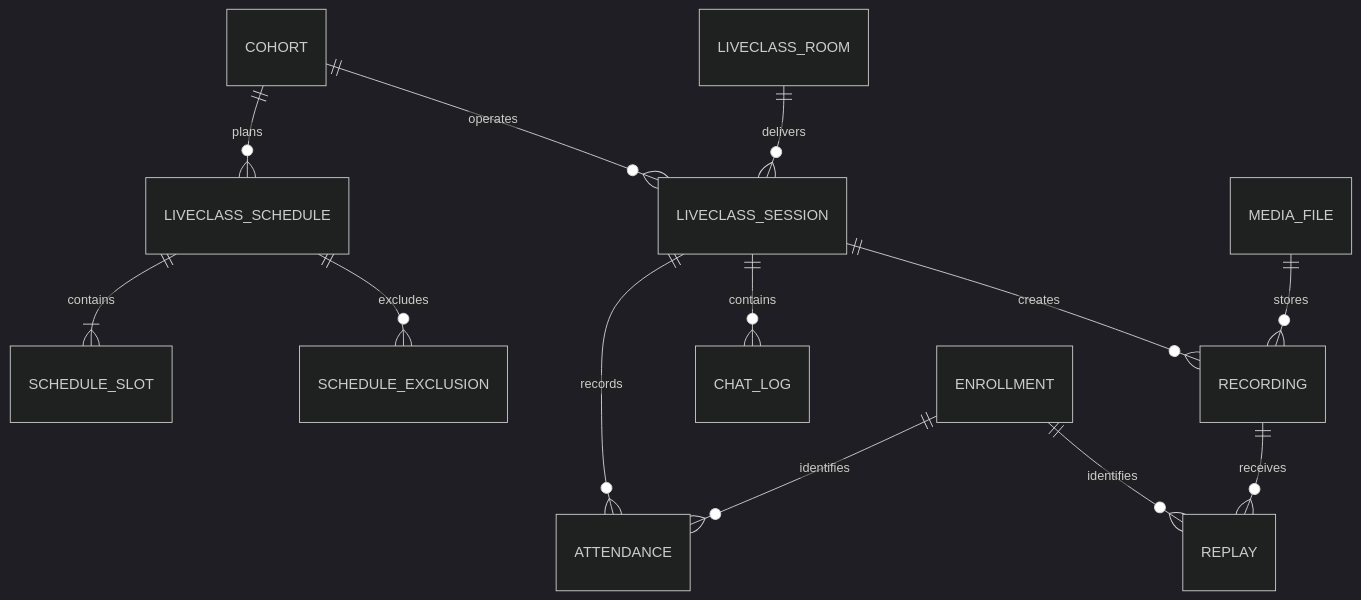
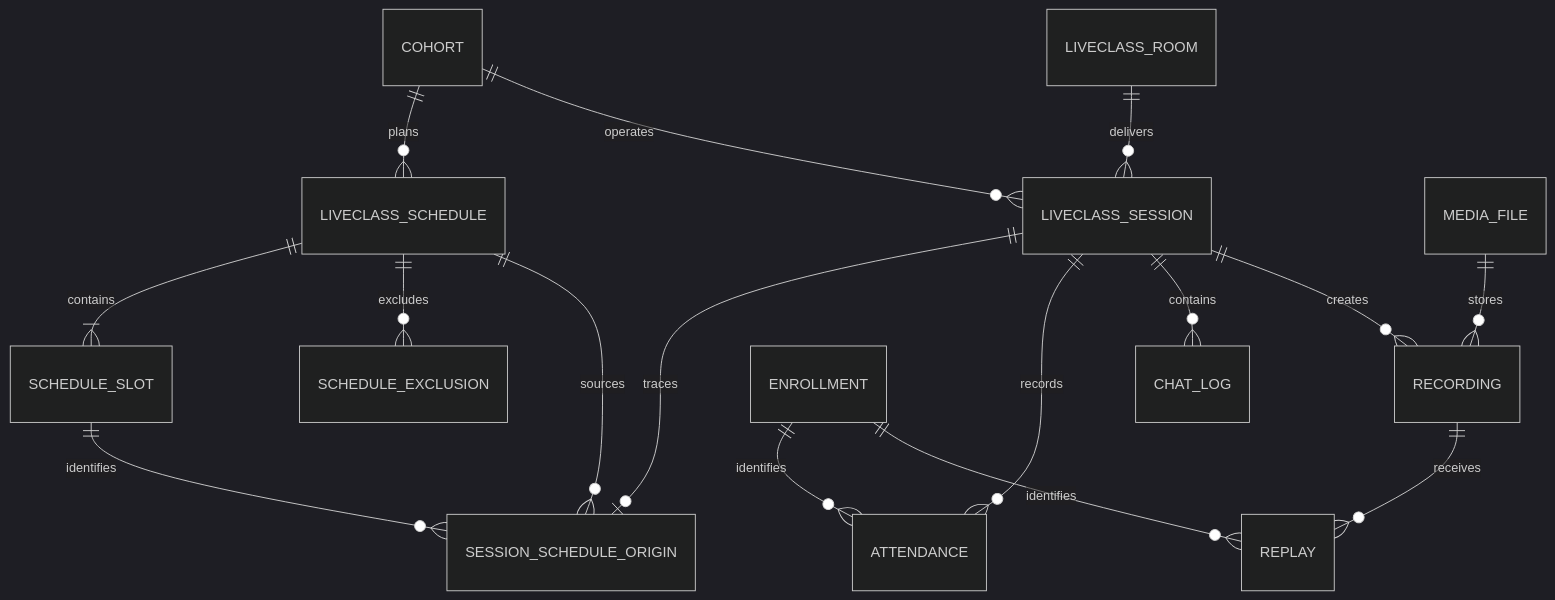
The first of 2 diagrams in docs/database/liveclass/README.md (tiemtt-ai/lf), drawn with Mermaid (dark theme) before and after one commit. The commit also changed other lines of this file and 28 other files, not shown here.

````diff
--- a/docs/database/liveclass/README.md
+++ b/docs/database/liveclass/README.md
@@ -66,15 +66,18 @@
 ```mermaid
 erDiagram
     COHORT ||--o{ LIVECLASS_SCHEDULE : plans
     LIVECLASS_SCHEDULE ||--|{ SCHEDULE_SLOT : contains
     LIVECLASS_SCHEDULE ||--o{ SCHEDULE_EXCLUSION : excludes
     COHORT ||--o{ LIVECLASS_SESSION : operates
+    LIVECLASS_SCHEDULE ||--o{ SESSION_SCHEDULE_ORIGIN : sources
+    SCHEDULE_SLOT ||--o{ SESSION_SCHEDULE_ORIGIN : identifies
+    LIVECLASS_SESSION ||--o| SESSION_SCHEDULE_ORIGIN : traces
     LIVECLASS_ROOM ||--o{ LIVECLASS_SESSION : delivers
     LIVECLASS_SESSION ||--o{ ATTENDANCE : records
     LIVECLASS_SESSION ||--o{ CHAT_LOG : contains
     LIVECLASS_SESSION ||--o{ RECORDING : creates
     MEDIA_FILE ||--o{ RECORDING : stores
     RECORDING ||--o{ REPLAY : receives
     ENROLLMENT ||--o{ ATTENDANCE : identifies
     ENROLLMENT ||--o{ REPLAY : identifies
 ```
````
